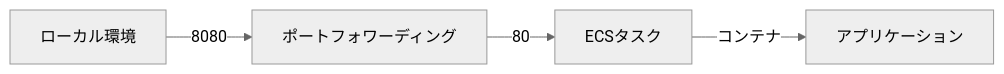
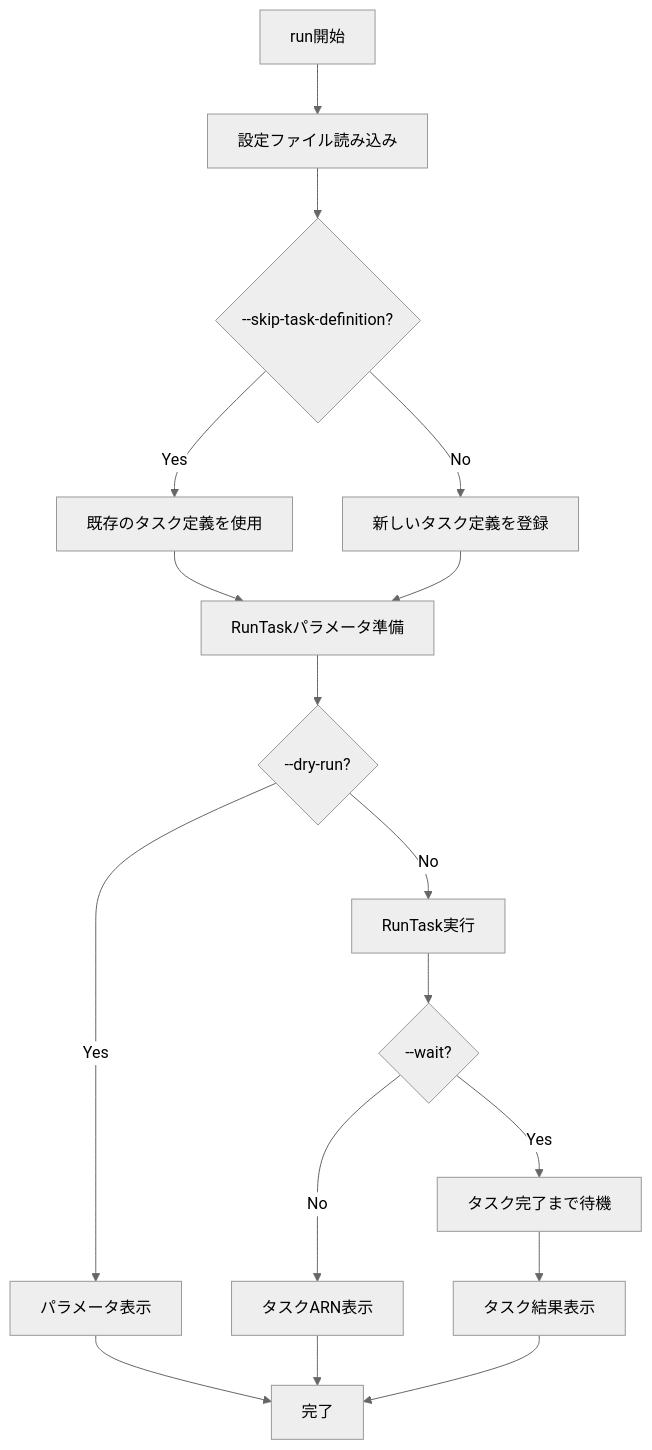
Before and after one commit to bufferings/devin-docs: the diagram in ecspresso/commands/run.md, drawn with Mermaid (neutral theme). The commit also changed other lines of this file and 29 other files, not shown here.

````diff
--- a/ecspresso/commands/run.md
+++ b/ecspresso/commands/run.md
@@ -136,6 +85,19 @@
 ```mermaid
-graph LR
-    A[ローカル環境] -->|8080| B[ポートフォワーディング]
-    B -->|80| C[ECSタスク]
-    C -->|コンテナ| D[アプリケーション]
+graph TD
+    A[run開始] --> B[設定ファイル読み込み]
+    B --> C{--skip-task-definition?}
+    C -->|Yes| D[既存のタスク定義を使用]
+    C -->|No| E[新しいタスク定義を登録]
+    D --> F[RunTaskパラメータ準備]
+    E --> F
+    F --> G{--dry-run?}
+    G -->|Yes| H[パラメータ表示]
+    G -->|No| I[RunTask実行]
+    H --> J[完了]
+    I --> K{--wait?}
+    K -->|Yes| L[タスク完了まで待機]
+    K -->|No| M[タスクARN表示]
+    L --> N[タスク結果表示]
+    M --> J
+    N --> J
 ```
````
